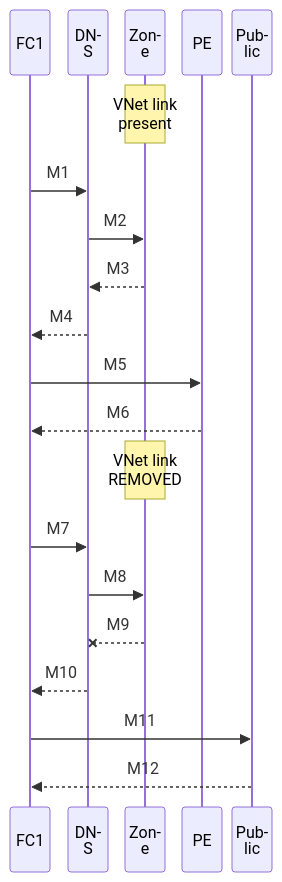
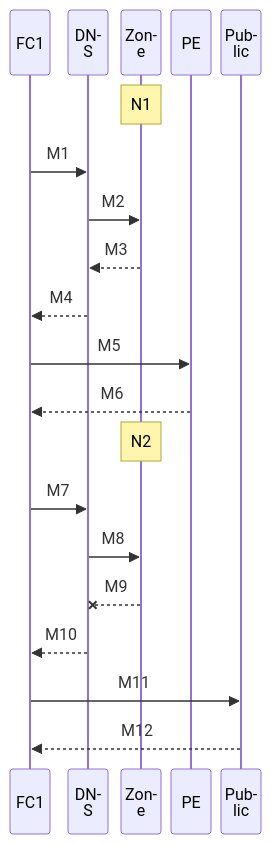
One commit to yeongseon/azure-functions-practical-guide changed the second of 5 diagrams in docs/troubleshooting/lab-guides/dns-vnet-resolution.md. Above: the diagram before and after it, drawn with Mermaid. The commit also changed other lines of this file and 1 other file, not shown here.

Commit message:
docs(diagrams): fit DNS link-state notes inside sequence boxes
Use compact note keys with both complete link-state explanations immediately
below the sequence, preserving actors, messages, notes and their ordering.

Refs #262

````diff
--- a/docs/troubleshooting/lab-guides/dns-vnet-resolution.md
+++ b/docs/troubleshooting/lab-guides/dns-vnet-resolution.md
@@ -178,27 +178,27 @@
 ```mermaid
 %%{init: {"sequence":{"width":40,"actorMargin":10,"diagramMarginX":5,"wrap":true}}}%%
 sequenceDiagram
     accTitle: FC1 lab DNS and storage failure progression
     accDescr: Illustrative logical sequence with five separate roles and baseline then incident exchanges. The crossed zone exchange denotes loss of zone visibility, not a response from an unreachable zone. Historical addresses and response codes are retained in the adjacent key and signal map, not revalidated here.
     participant App as FC1
     participant DNS as DNS
     participant BlobZone as Zone
     participant PE as PE
     participant Public as Public
 
-    Note over BlobZone: VNet link<br/>present
+    Note over BlobZone: N1
     App->>DNS: M1
     DNS->>BlobZone: M2
     BlobZone-->>DNS: M3
     DNS-->>App: M4
     App->>PE: M5
     PE-->>App: M6
 
-    Note over BlobZone: VNet link<br/>REMOVED
+    Note over BlobZone: N2
     App->>DNS: M7
     DNS->>BlobZone: M8
     BlobZone--xDNS: M9
     DNS-->>App: M10
     App->>Public: M11
     Public-->>App: M12
 ```
````
